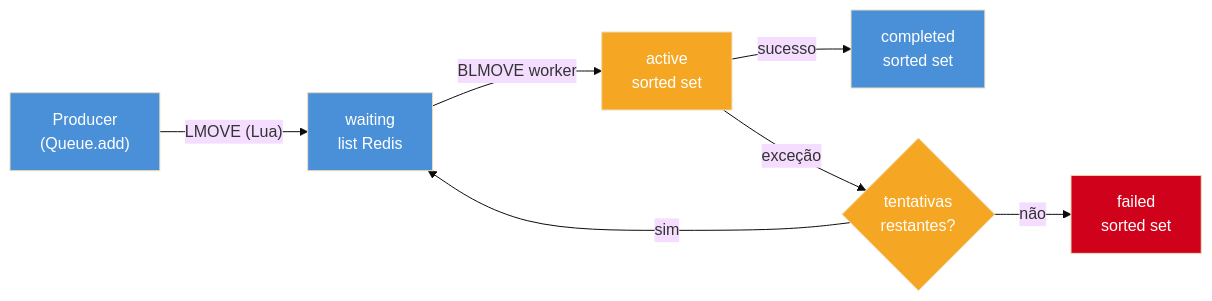
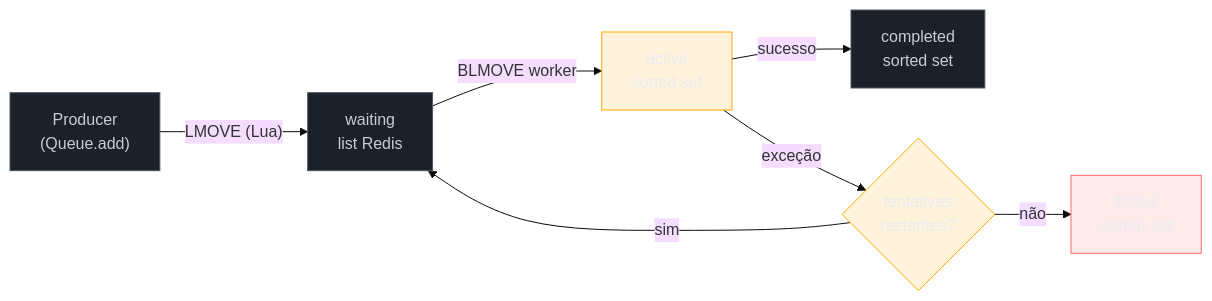
Before and after one commit to josenaldo/codex-technomanticus: the diagram in 03-Dominios/Tecnologia/Node/Integrações/03 - BullMQ - filas de tarefas.md, drawn with Mermaid (base theme). The commit also changed 1181 other files, not shown here.

First line of the commit message:
fix(diagramas): paleta do sistema no lugar de cor cravada no markdown

````diff
--- a/03-Dominios/Tecnologia/Node/Integrações/03 - BullMQ - filas de tarefas.md
+++ b/03-Dominios/Tecnologia/Node/Integrações/03 - BullMQ - filas de tarefas.md
@@ -35,16 +35,19 @@
 ```mermaid
 flowchart LR
+    classDef neutro fill:#1B2029,stroke:#4E5666,color:#C6CCD8
+    classDef destaque fill:#FFAA0024,stroke:#FFAA00,color:#E9ECF2
+    classDef falha fill:#FF6B6B24,stroke:#FF6B6B,color:#E9ECF2
     P["Producer\n(Queue.add)"] -->|"LMOVE (Lua)"| W["waiting\nlist Redis"]
     W -->|"BLMOVE worker"| A["active\nsorted set"]
     A -->|"sucesso"| C["completed\nsorted set"]
     A -->|"exceção"| F{"tentativas\nrestantes?"}
     F -->|"sim"| W
     F -->|"não"| DL["failed\nsorted set"]
 
-    style P fill:#4A90D9,color:#fff
-    style W fill:#4A90D9,color:#fff
-    style A fill:#F5A623,color:#fff
-    style C fill:#4A90D9,color:#fff
-    style F fill:#F5A623,color:#fff
-    style DL fill:#D0021B,color:#fff
+    class P neutro
+    class W neutro
+    class A destaque
+    class C neutro
+    class F destaque
+    class DL falha
 ```
````
